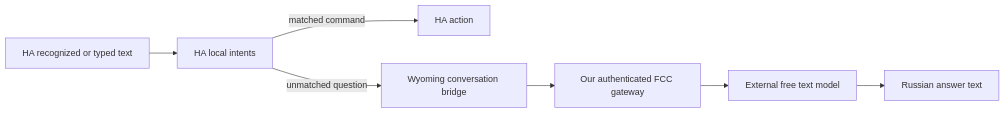
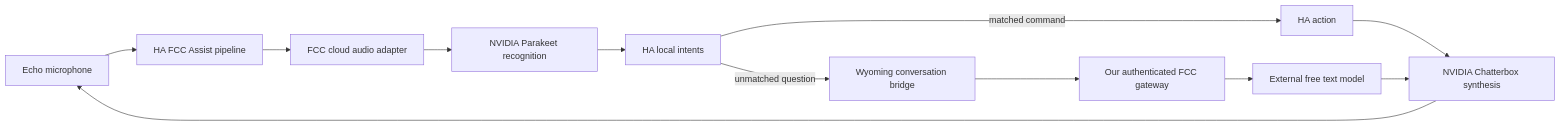
The diagram in docs/fcc-voice-backup.md (ha-homelab/ha-echo-show-5), drawn with Mermaid before and after one commit. The commit also changed other lines of this file and 10 other files, not shown here.

Commit message:
Add independent FCC cloud speech alongside Homeway

````diff
--- a/docs/fcc-voice-backup.md
+++ b/docs/fcc-voice-backup.md
@@ -7,9 +5,14 @@
 ```mermaid
 flowchart LR
-    Text[HA recognized or typed text] --> Intent[HA local intents]
+    Echo[Echo microphone] --> HA[HA FCC Assist pipeline]
+    HA --> Audio[FCC cloud audio adapter]
+    Audio --> ASR[NVIDIA Parakeet recognition]
+    ASR --> Intent[HA local intents]
     Intent -->|matched command| Action[HA action]
     Intent -->|unmatched question| Bridge[Wyoming conversation bridge]
     Bridge --> FCC[Our authenticated FCC gateway]
     FCC --> Model[External free text model]
-    Model --> Answer[Russian answer text]
+    Action --> TTS[NVIDIA Chatterbox synthesis]
+    Model --> TTS
+    TTS --> Echo
 ```
````
